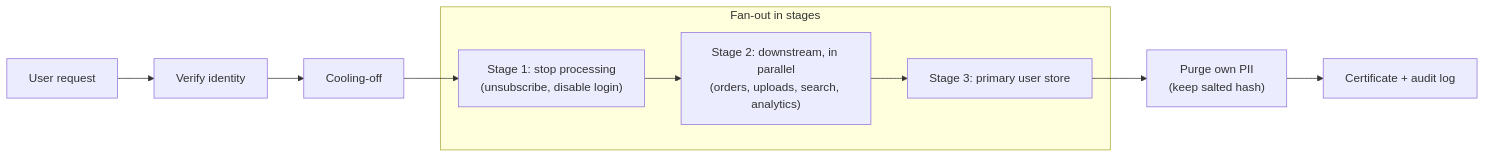
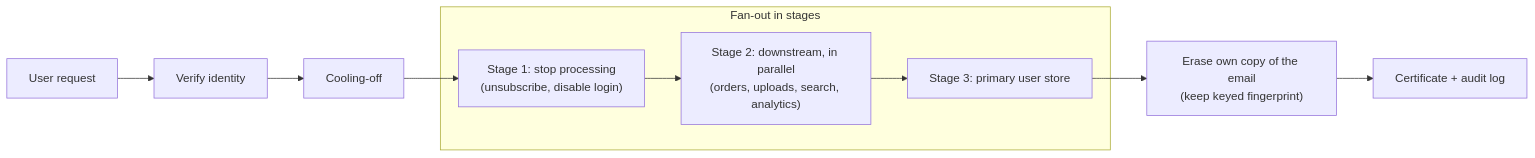
One commit to WIZ4RD-OM24/ForgetMe changed the first of 3 diagrams in README.md. Above: the diagram before and after it, drawn with Mermaid. The commit also changed other lines of this file and 17 other files, not shown here.

First line of the commit message:
Phase 3: tamper-evident audit log, certificates, erasure, deadline alerts

````diff
--- a/README.md
+++ b/README.md
@@ -33,8 +34,8 @@
 ```mermaid
 flowchart LR
     U[User request] --> V[Verify identity] --> C[Cooling-off] --> S1
     subgraph Fan-out in stages
       S1["Stage 1: stop processing<br/>(unsubscribe, disable login)"] --> S2["Stage 2: downstream, in parallel<br/>(orders, uploads, search, analytics)"] --> S3["Stage 3: primary user store"]
     end
-    S3 --> P["Purge own PII<br/>(keep salted hash)"] --> R[Certificate + audit log]
+    S3 --> P["Erase own copy of the email<br/>(keep keyed fingerprint)"] --> R[Certificate + audit log]
 ```
````
